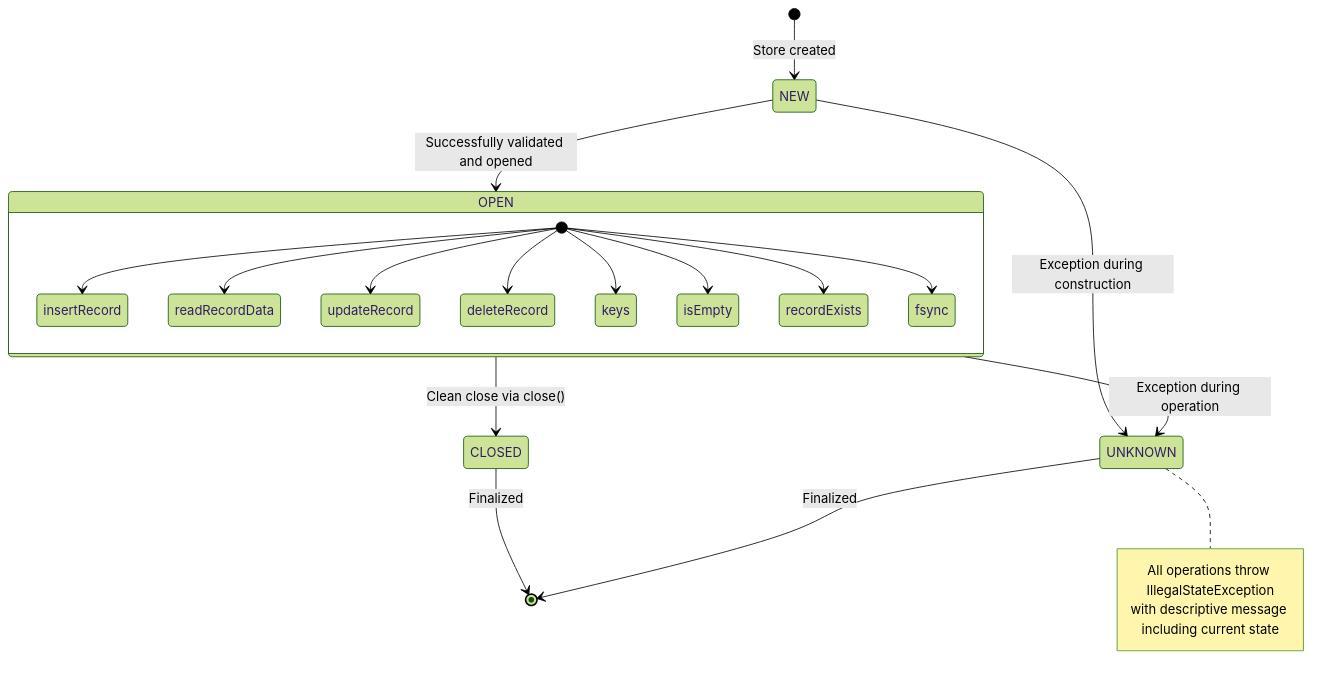
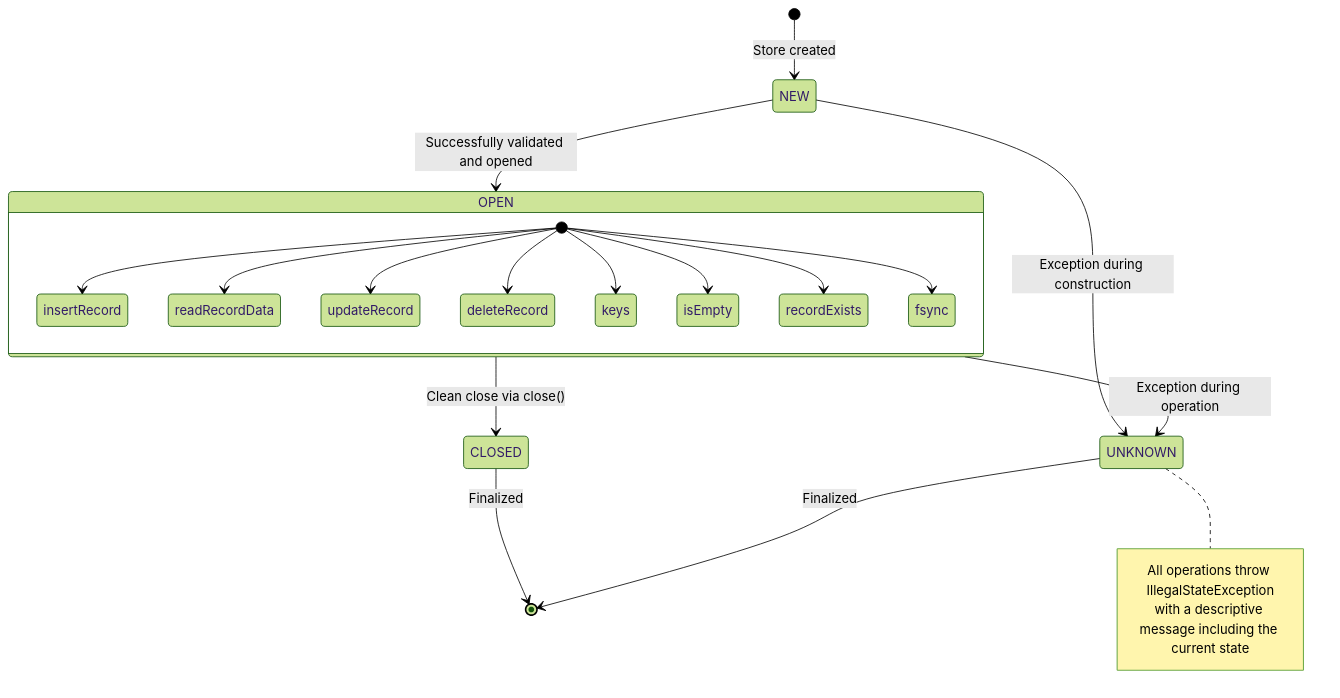
One commit to simbo1905/simple-record-store changed the first of 3 diagrams in README.md. Above: the diagram before and after it, drawn with Mermaid (forest theme). The commit also changed other lines of this file, not shown here.

````diff
--- a/README.md
+++ b/README.md
@@ -222,26 +103,26 @@
 ```mermaid
 stateDiagram-v2
     [*] --> NEW: Store created
     NEW --> OPEN: Successfully validated and opened
     NEW --> UNKNOWN: Exception during construction
     OPEN --> CLOSED: Clean close via close()
     OPEN --> UNKNOWN: Exception during operation
     CLOSED --> [*]: Finalized
     UNKNOWN --> [*]: Finalized
     
     state OPEN {
         [*] --> insertRecord
         [*] --> readRecordData
         [*] --> updateRecord
         [*] --> deleteRecord
         [*] --> keys
         [*] --> isEmpty
         [*] --> recordExists
         [*] --> fsync
     }
     
     note right of UNKNOWN
         All operations throw IllegalStateException
-        with descriptive message including current state
+        with a descriptive message including the current state
     end note
 ```
````
